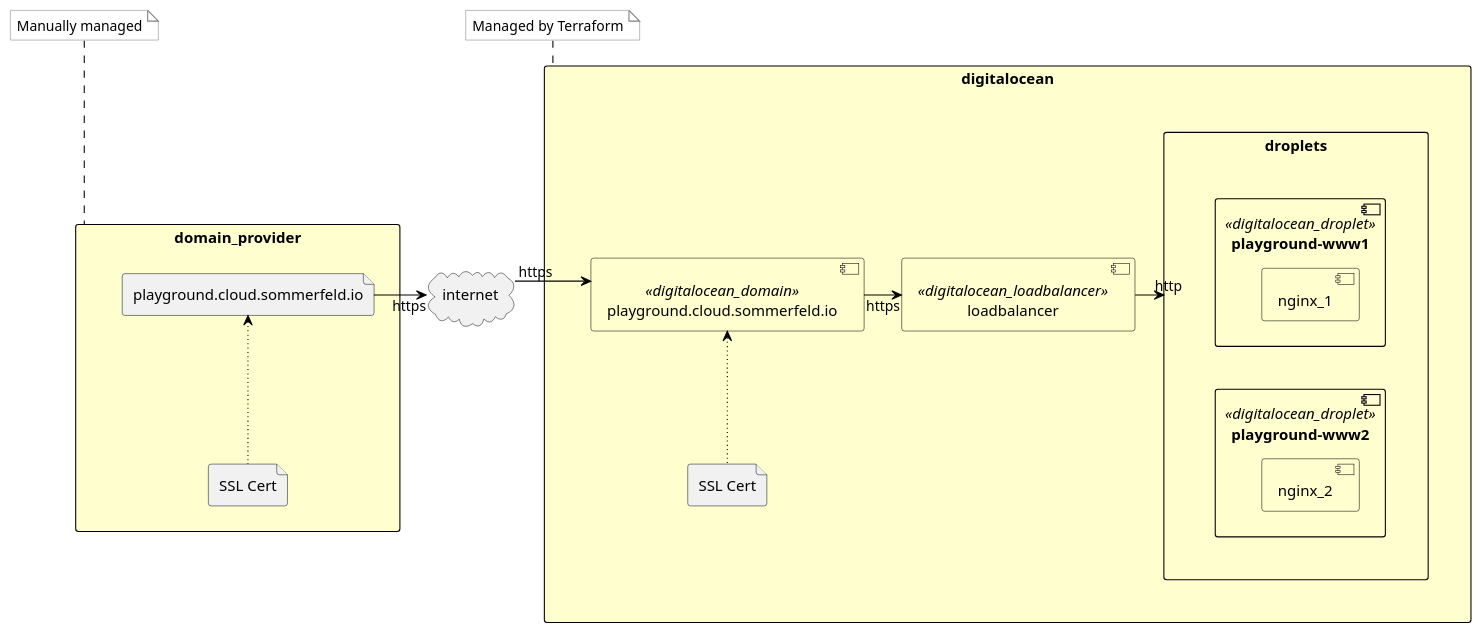
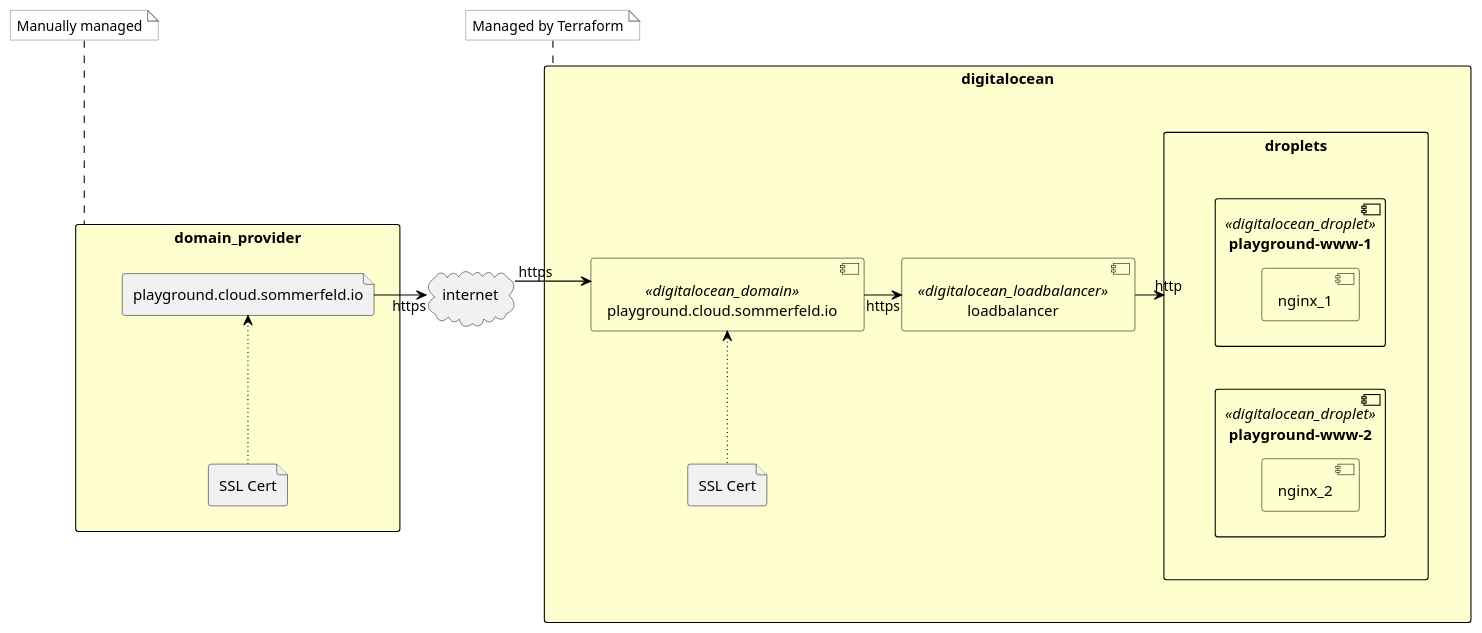
Before and after one commit to sebastian-sommerfeld-io/playgrounds: the diagram in docs/modules/ROOT/pages/terraform/digitalocean.adoc, drawn with PlantUML. The commit also changed other lines of this file and 3 other files, not shown here.

```diff
--- a/docs/modules/ROOT/pages/terraform/digitalocean.adoc
+++ b/docs/modules/ROOT/pages/terraform/digitalocean.adoc
@@ -32,59 +32,59 @@
 [plantuml, rendered-plantuml-image, svg]
 ----
 @startuml
 
 skinparam linetype ortho
 skinparam monochrome false
 skinparam componentStyle uml2
 skinparam backgroundColor transparent
 skinparam ArrowColor black
 skinparam FrameBackgroundColor #fff
 skinparam CollectionsBackgroundColor #fefece
 skinparam CollectionsBorderColor black
 skinparam ComponentBorderColor black
 skinparam ComponentBackgroundColor #fefece
 skinparam RectangleBorderColor black
 skinparam RectangleBackgroundColor #fefece
 skinparam QueueBorderColor black
 skinparam NoteBorderColor Grey
 skinparam NoteBackgroundColor #fff
 skinparam defaultTextAlignment center
 skinparam activity {
   FontName Ubuntu
 }
 
 rectangle digitalocean {
     rectangle droplets {
-        component www_1 as "playground-www1" <<digitalocean_droplet>> {
+        component www_1 as "playground-www-1" <<digitalocean_droplet>> {
             component nginx_1
         }
-        component www_2 as "playground-www2" <<digitalocean_droplet>> {
+        component www_2 as "playground-www-2" <<digitalocean_droplet>> {
             component nginx_2
         }
     }
     component domain as "playground.cloud.sommerfeld.io" <<digitalocean_domain>>
     component loadbalancer <<digitalocean_loadbalancer>>
     file ssl_cert_2 as "SSL Cert"
 }
 
 rectangle domain_provider {
     file url as "playground.cloud.sommerfeld.io"
     file ssl_cert_1 as "SSL Cert"
 }
 cloud internet
 
 url -right-> internet: https
 internet -right-> domain: https
 domain -right-> loadbalancer: https
 loadbalancer -> droplets: http
 
 www_1 -[hidden]down-> www_2
 
 ssl_cert_1 ~up~> url
 ssl_cert_2 ~up~> domain
 
 note top of domain_provider: Manually managed
 note top of digitalocean: Managed by Terraform
 
 @enduml
 ----
```
